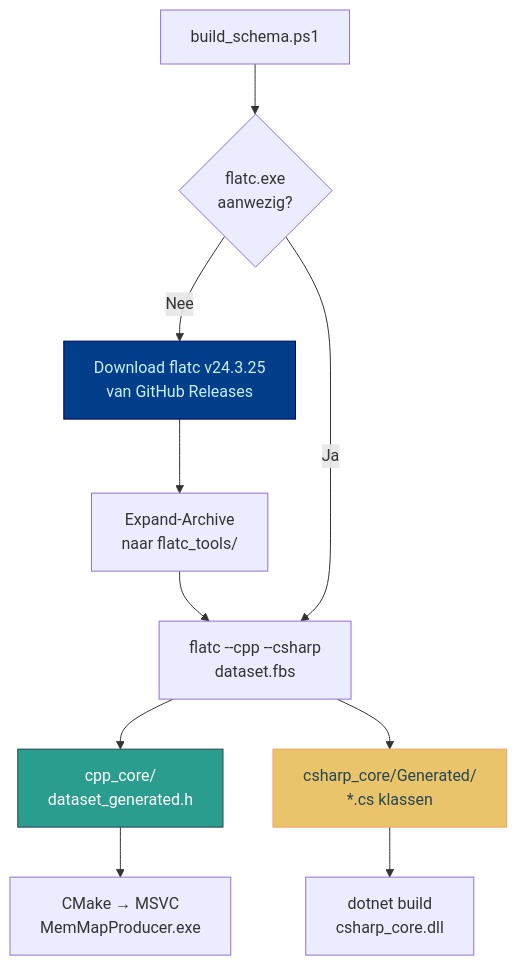
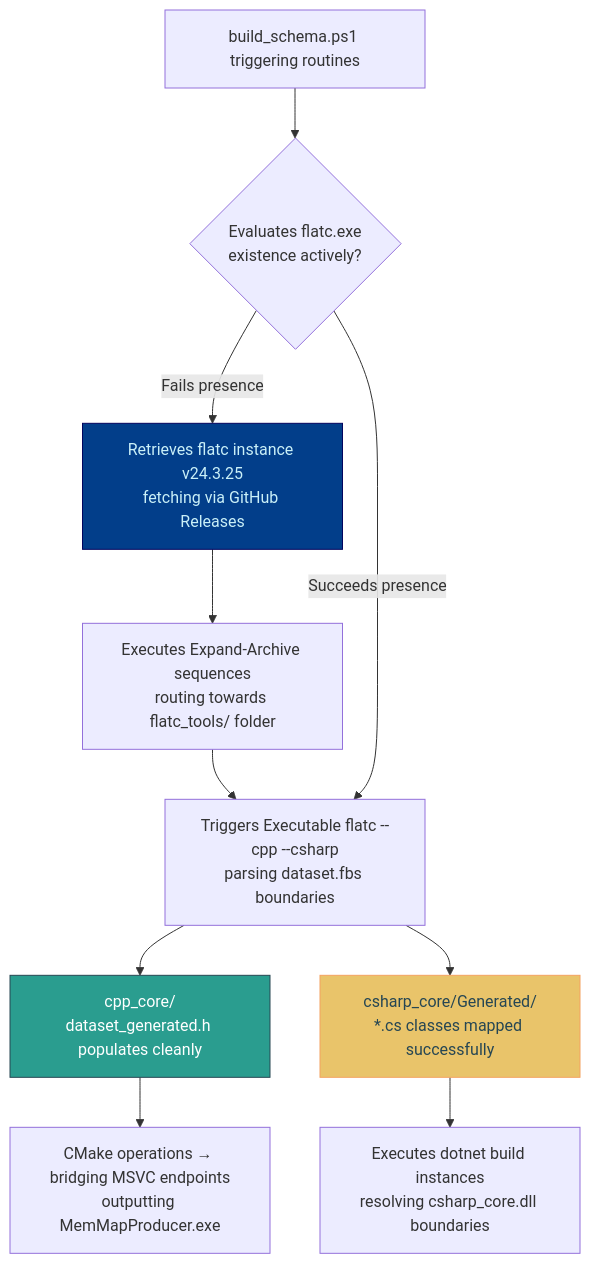
Diagram 20 of 23 in SharedValueV3_MemMap/ARCHITECTURE.md (snodeplannen/sharedvar), drawn with Mermaid before and after one commit. The commit also changed other lines of this file and 90 other files, not shown here.

````diff
--- a/SharedValueV3_MemMap/ARCHITECTURE.md
+++ b/SharedValueV3_MemMap/ARCHITECTURE.md
@@ -667,20 +666,20 @@
 ```mermaid
 flowchart TD
-    START["build_schema.ps1"] --> CHECK{"flatc.exe<br/>aanwezig?"}
+    START["build_schema.ps1 triggering routines"] --> CHECK{"Evaluates flatc.exe<br/>existence actively?"}
 
-    CHECK -->|"Nee"| DL["Download flatc v24.3.25<br/>van GitHub Releases"]
-    DL --> EXTRACT["Expand-Archive<br/>naar flatc_tools/"]
+    CHECK -->|"Fails presence"| DL["Retrieves flatc instance v24.3.25<br/>fetching via GitHub Releases"]
+    DL --> EXTRACT["Executes Expand-Archive sequences<br/>routing towards flatc_tools/ folder"]
     EXTRACT --> COMPILE
 
-    CHECK -->|"Ja"| COMPILE["flatc --cpp --csharp<br/>dataset.fbs"]
+    CHECK -->|"Succeeds presence"| COMPILE["Triggers Executable flatc --cpp --csharp<br/>parsing dataset.fbs boundaries"]
 
-    COMPILE --> CPP_OUT["cpp_core/<br/>dataset_generated.h"]
-    COMPILE --> CS_OUT["csharp_core/Generated/<br/>*.cs klassen"]
+    COMPILE --> CPP_OUT["cpp_core/<br/>dataset_generated.h populates cleanly"]
+    COMPILE --> CS_OUT["csharp_core/Generated/<br/>*.cs classes mapped successfully"]
 
-    CPP_OUT --> CMAKE_BUILD["CMake → MSVC<br/>MemMapProducer.exe"]
-    CS_OUT --> DOTNET_BUILD["dotnet build<br/>csharp_core.dll"]
+    CPP_OUT --> CMAKE_BUILD["CMake operations → bridging MSVC endpoints<br/>outputting MemMapProducer.exe"]
+    CS_OUT --> DOTNET_BUILD["Executes dotnet build instances<br/>resolving csharp_core.dll boundaries"]
 
     style DL fill:#023e8a,stroke:#03045e,color:#caf0f8
     style CPP_OUT fill:#2a9d8f,stroke:#264653,color:#fff
     style CS_OUT fill:#e9c46a,stroke:#f4a261,color:#264653
 ```
````
